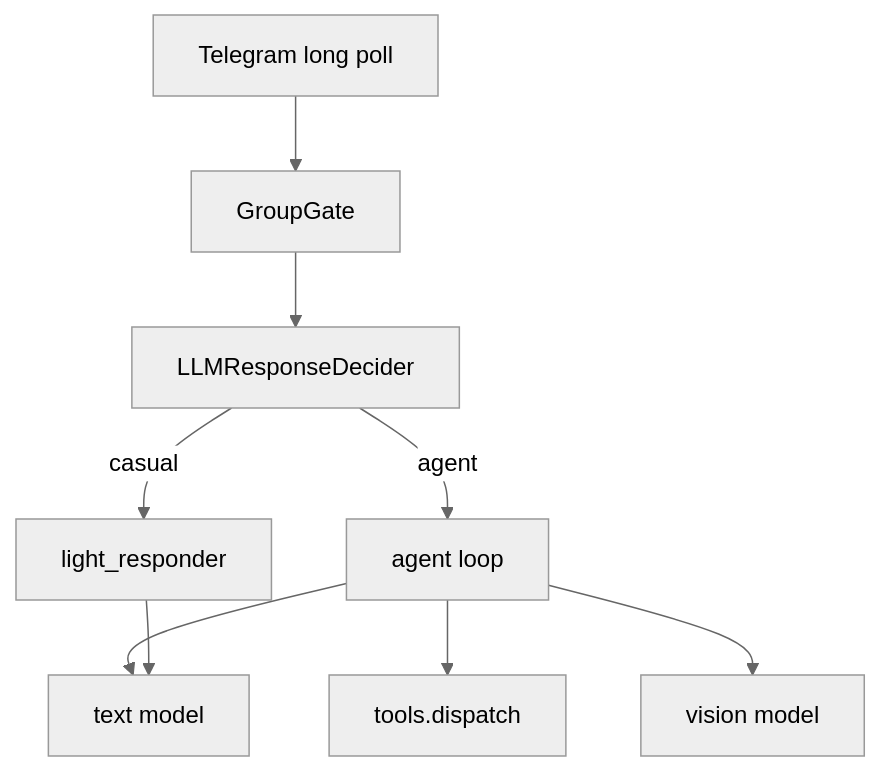
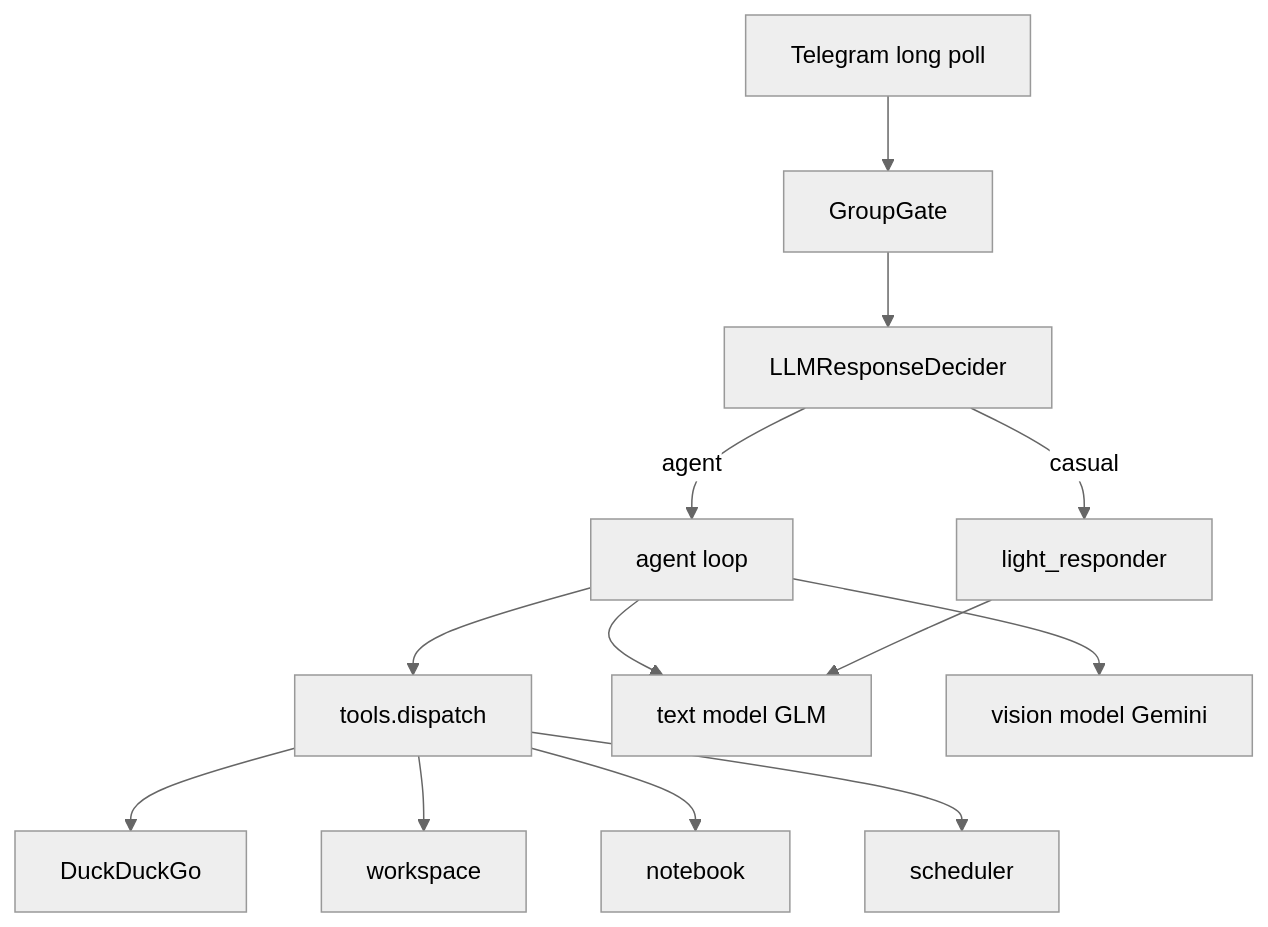
Before and after one commit to olezhapelmeshka/botmrbaton: the diagram in README.md, drawn with Mermaid (neutral theme). The commit also changed other lines of this file, not shown here.

````diff
--- a/README.md
+++ b/README.md
@@ -120,11 +158,15 @@
 ```mermaid
 flowchart TD
   TG[Telegram long poll] --> Gate[GroupGate]
   Gate --> Decider[LLMResponseDecider]
   Decider -->|casual| Light[light_responder]
   Decider -->|agent| Agent[agent loop]
   Agent --> Tools[tools.dispatch]
-  Agent --> LLM[text model]
-  Agent --> Vision[vision model]
+  Agent --> LLM[text model GLM]
+  Agent --> Vision[vision model Gemini]
   Light --> LLM
+  Tools --> Search[DuckDuckGo]
+  Tools --> Files[workspace]
+  Tools --> Notes[notebook]
+  Tools --> Reminders[scheduler]
 ```
````
